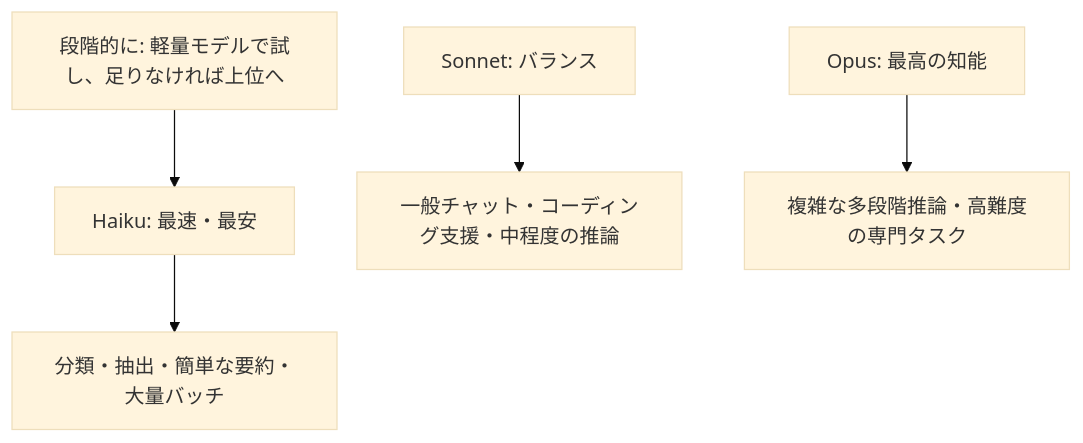
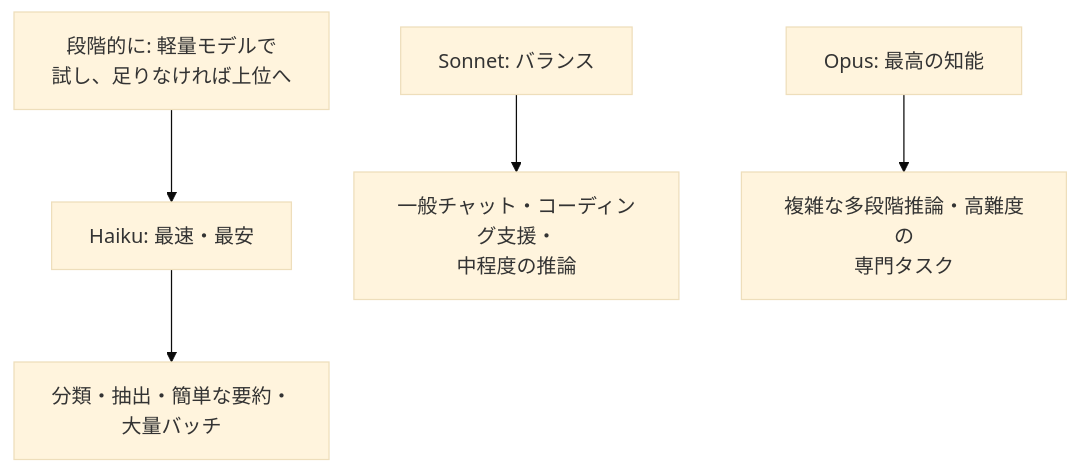
The third of 9 diagrams in claude/developer-foundations/overview.md (shingo0321/study), drawn with Mermaid (base theme) before and after one commit. The commit also changed other lines of this file and 5 other files, not shown here.

First line of the commit message:
Mermaid俯瞰図を横スクロールなしで表示できるよう調整

````diff
--- a/claude/developer-foundations/overview.md
+++ b/claude/developer-foundations/overview.md
@@ -80,7 +80,7 @@
 ```mermaid
 flowchart TD
-  H["Haiku: 最速・最安"] --> HU["分類・抽出・簡単な要約・大量バッチ"]
-  S["Sonnet: バランス"] --> SU["一般チャット・コーディング支援・中程度の推論"]
-  O["Opus: 最高の知能"] --> OU["複雑な多段階推論・高難度の専門タスク"]
-  R["段階的に: 軽量モデルで試し、足りなければ上位へ"] --> H
+  H["Haiku: 最速・最安"] --> HU["分類・抽出・簡単な要約・<br/>大量バッチ"]
+  S["Sonnet: バランス"] --> SU["一般チャット・コーディング支援・<br/>中程度の推論"]
+  O["Opus: 最高の知能"] --> OU["複雑な多段階推論・高難度の<br/>専門タスク"]
+  R["段階的に: 軽量モデルで<br/>試し、足りなければ上位へ"] --> H
 ```
````
